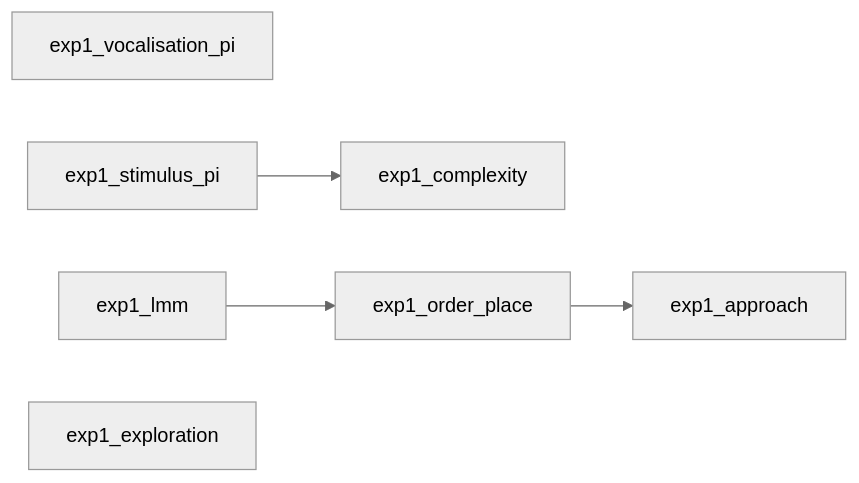
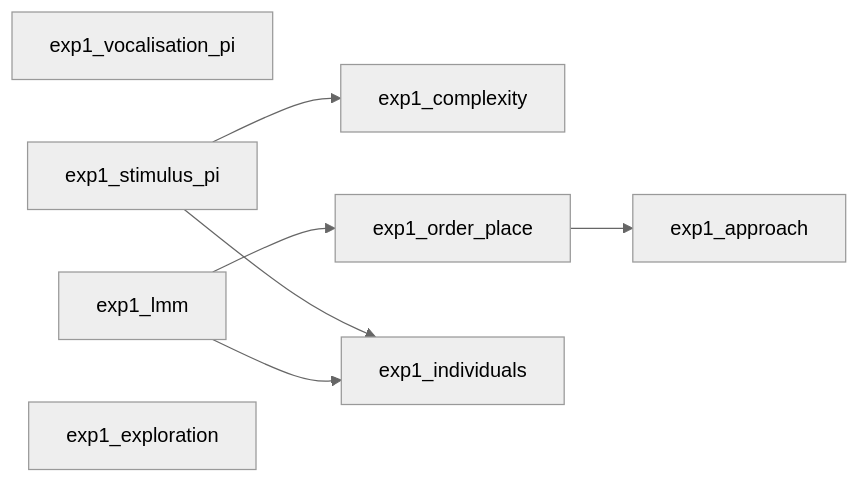
The first of 2 diagrams in docs/analysis/auditory.md (Sussex-Neuroscience/mice-maze), drawn with Mermaid (neutral theme) before and after one commit. The commit also changed other lines of this file and 9 other files, not shown here.

````diff
--- a/docs/analysis/auditory.md
+++ b/docs/analysis/auditory.md
@@ -63,7 +63,9 @@
 ```mermaid
 flowchart LR
     V[exp1_vocalisation_pi]
     S[exp1_stimulus_pi] --> C[exp1_complexity]
     L[exp1_lmm] --> O[exp1_order_place] --> A[exp1_approach]
+    S --> I[exp1_individuals]
+    L --> I
     E[exp1_exploration]
 ```
````
